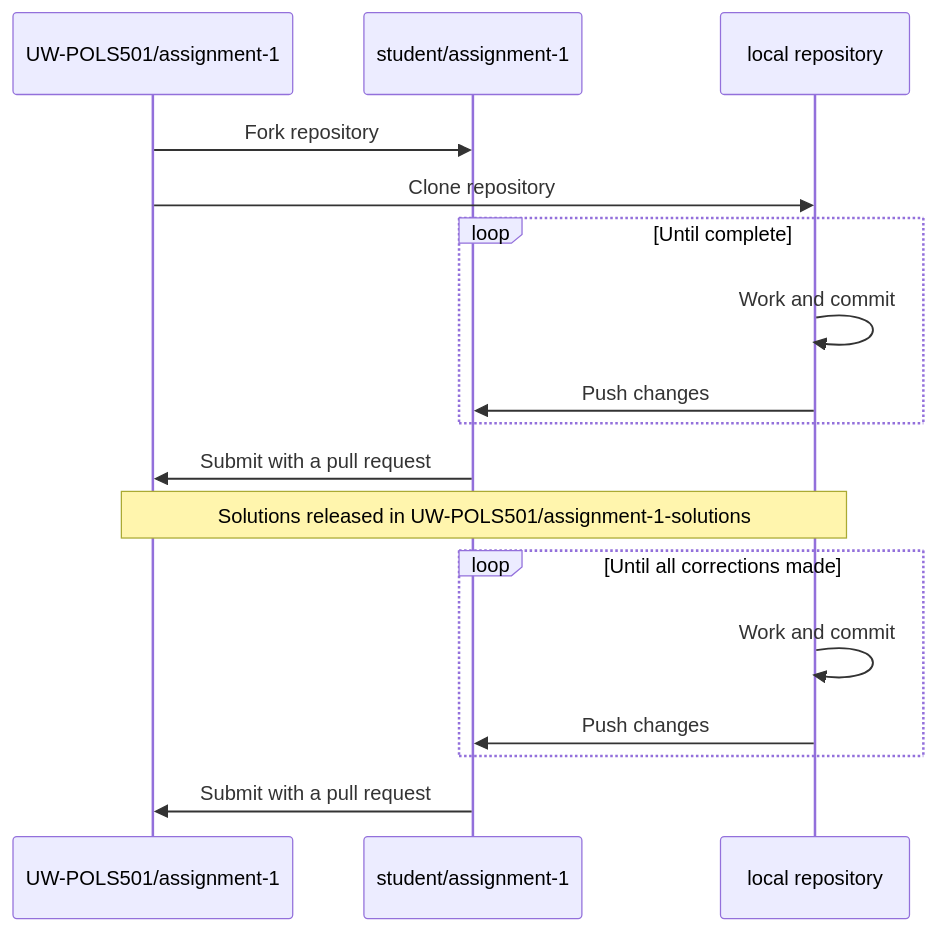
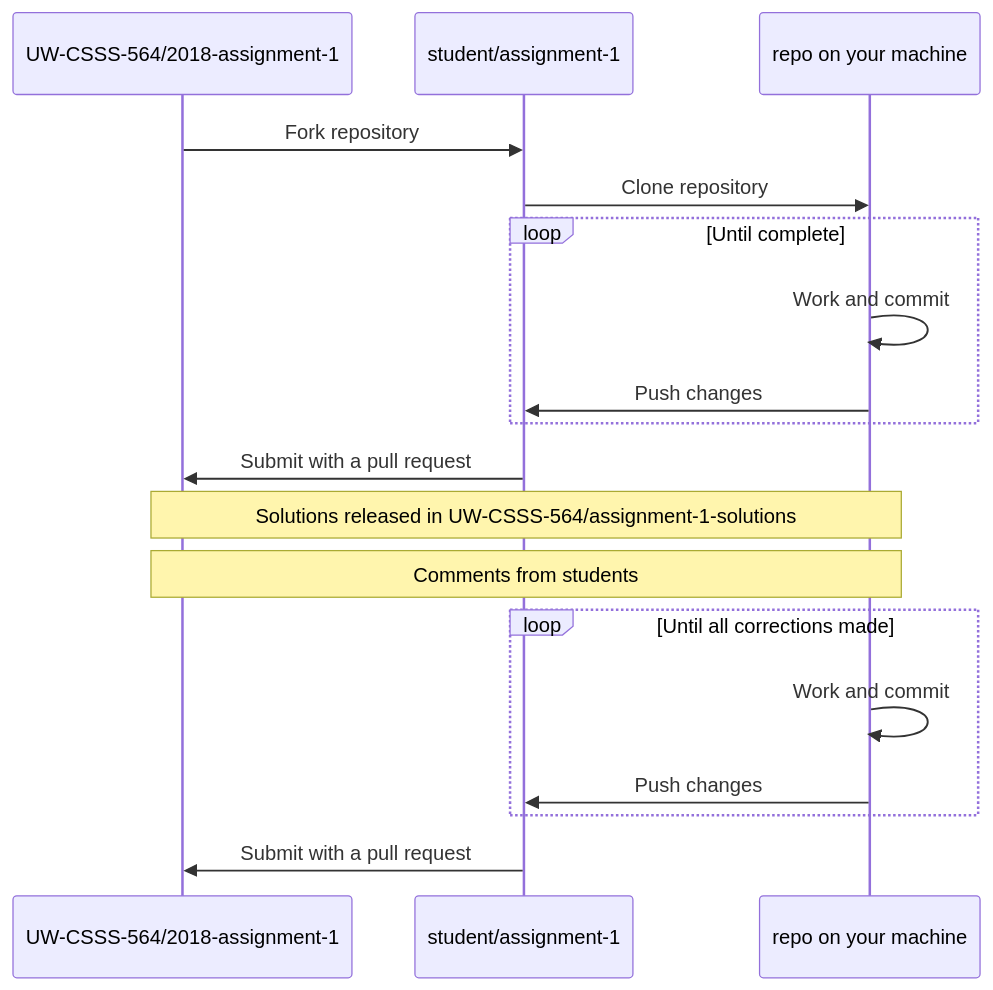
One commit to UW-CSSS-564/2018 changed the diagram in content/pages/homework-flow.mmd. Above: the diagram before and after it, drawn with Mermaid. The commit also changed 24 other files, not shown here.

```diff
--- a/content/pages/homework-flow.mmd
+++ b/content/pages/homework-flow.mmd
@@ -1,17 +1,18 @@
 sequenceDiagram
-  participant org as UW-POLS501/assignment-1
+  participant org as UW-CSSS-564/2018-assignment-1
   participant user as student/assignment-1
-  participant local as local repository
+  participant local as repo on your machine
   org->>user: Fork repository
-  org->>local: Clone repository
+  user->>local: Clone repository
   loop Until complete
     local->>local: Work and commit
     local->>user: Push changes
   end
   user->>org: Submit with a pull request
-  Note over org,local: Solutions released in UW-POLS501/assignment-1-solutions
+  Note over org,local: Solutions released in UW-CSSS-564/assignment-1-solutions
+  Note over org,local: Comments from students
   loop Until all corrections made
     local->>local: Work and commit
     local->>user: Push changes
   end
   user->>org: Submit with a pull request
```
